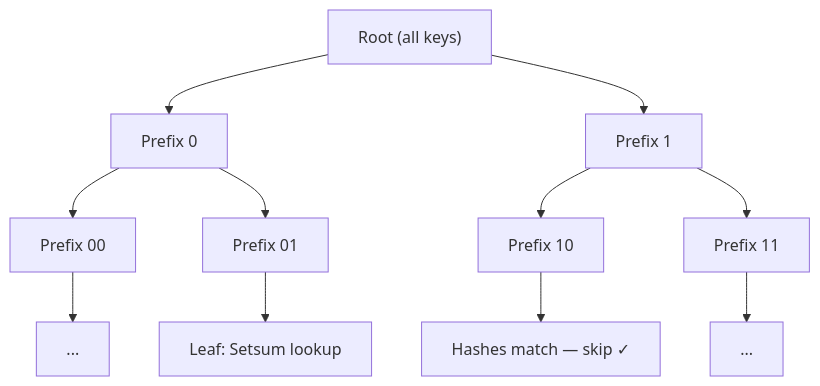
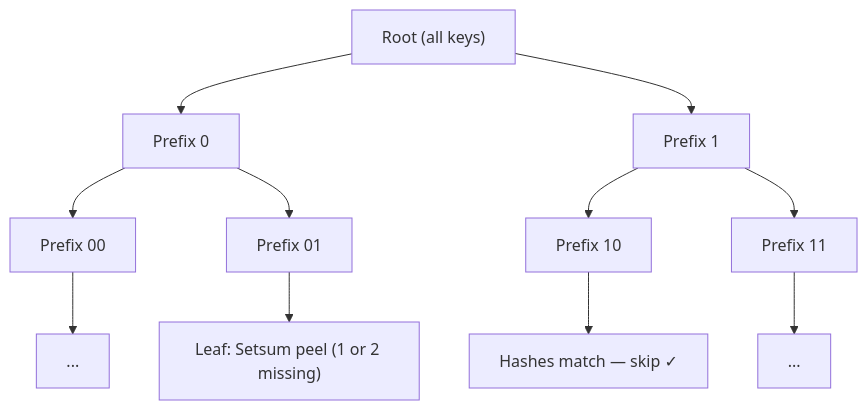
The third of 7 diagrams in SetSum/Sync/README.md (arj03/setsum-cs), drawn with Mermaid before and after one commit. The commit also changed other lines of this file and 3 other files, not shown here.

````diff
--- a/SetSum/Sync/README.md
+++ b/SetSum/Sync/README.md
@@ -87,13 +87,13 @@
 ```mermaid
 flowchart TD
     A["Root (all keys)"] --> B["Prefix 0"]
     A --> C["Prefix 1"]
     B --> D["Prefix 00"]
     B --> E["Prefix 01"]
     C --> F["Prefix 10"]
     C --> G["Prefix 11"]
     D --> H["..."]
-    E --> I["Leaf: Setsum lookup"]
+    E --> I["Leaf: Setsum peel (1 or 2 missing)"]
     F --> J["Hashes match — skip ✓"]
     G --> K["..."]
 ```
````
